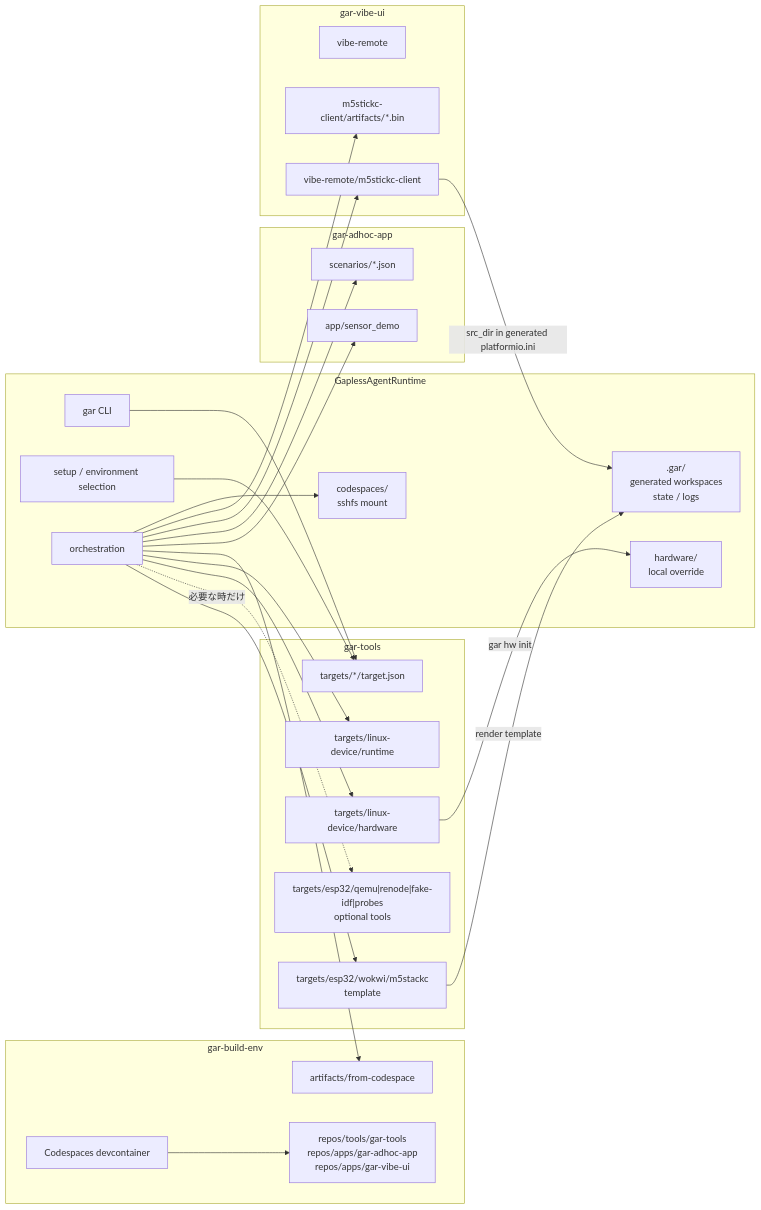
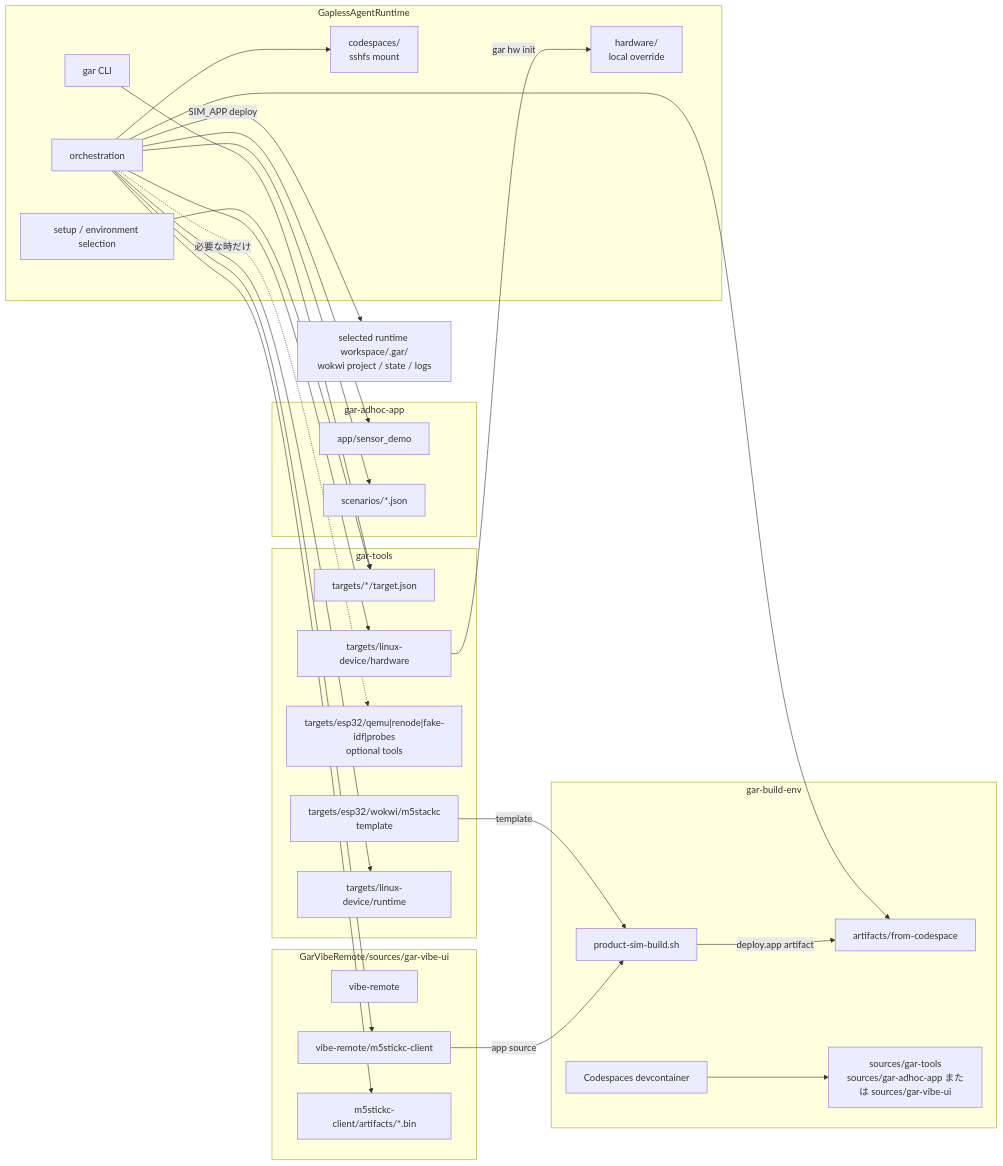
One commit to ThousandsOfTies/AgentCockpit changed the fifth of 6 diagrams in docs/08_REPOSITORY_LAYOUT.md. Above: the diagram before and after it, drawn with Mermaid. The commit also changed other lines of this file and 148 other files, not shown here.

Commit message:
Refine runtime orchestration and artifact contracts

````diff
--- a/docs/08_REPOSITORY_LAYOUT.md
+++ b/docs/08_REPOSITORY_LAYOUT.md
@@ -377,53 +418,56 @@
 ```mermaid
 flowchart LR
   subgraph GAR["GaplessAgentRuntime"]
     CLI["gar CLI"]
     Setup["setup / environment selection"]
     Runtime["orchestration"]
     CodeMount["codespaces/\nsshfs mount"]
     LocalHW["hardware/\nlocal override"]
-    Generated[".gar/\ngenerated workspaces\nstate / logs"]
   end
+
+  RuntimeWorkspace["selected runtime workspace/.gar/\nwokwi project / state / logs"]
 
   subgraph Tools["gar-tools"]
     Targets["targets/*/target.json"]
     Wokwi["targets/esp32/wokwi/m5stackc\ntemplate"]
     OptionalTools["targets/esp32/qemu|renode|fake-idf|probes\noptional tools"]
     HW["targets/linux-device/hardware"]
     LinuxRuntime["targets/linux-device/runtime"]
   end
 
   subgraph BuildEnv["gar-build-env"]
     Codespace["Codespaces devcontainer"]
     BuildArtifacts["artifacts/from-codespace"]
-    BuildRepos["repos/tools/gar-tools\nrepos/apps/gar-adhoc-app\nrepos/apps/gar-vibe-ui"]
+    BuildRepos["sources/gar-tools\nsources/gar-adhoc-app または sources/gar-vibe-ui"]
+    WokwiHook["product-sim-build.sh"]
   end
 
   subgraph LinuxAppRepo["gar-adhoc-app"]
     LinuxAppSource["app/sensor_demo"]
     LinuxAppScenarios["scenarios/*.json"]
   end
 
-  subgraph M5AppRepo["gar-vibe-ui"]
+  subgraph M5AppRepo["GarVibeRemote/sources/gar-vibe-ui"]
     VibeRemote["vibe-remote"]
     M5Client["vibe-remote/m5stickc-client"]
     M5Artifacts["m5stickc-client/artifacts/*.bin"]
   end
 
   CLI --> Targets
   Setup --> Targets
-  Runtime --> Wokwi
   Runtime -. "必要な時だけ" .-> OptionalTools
   Runtime --> HW
   Runtime --> LinuxRuntime
   Runtime --> BuildArtifacts
   Runtime --> LinuxAppSource
   Runtime --> LinuxAppScenarios
   Runtime --> M5Client
   Runtime --> M5Artifacts
   Runtime --> CodeMount
   Codespace --> BuildRepos
   HW -->|gar hw init| LocalHW
-  Wokwi -->|render template| Generated
-  M5Client -->|src_dir in generated platformio.ini| Generated
+  Wokwi -->|template| WokwiHook
+  M5Client -->|app source| WokwiHook
+  WokwiHook -->|deploy.app artifact| BuildArtifacts
+  Runtime -->|SIM_APP deploy| RuntimeWorkspace
 ```
````
